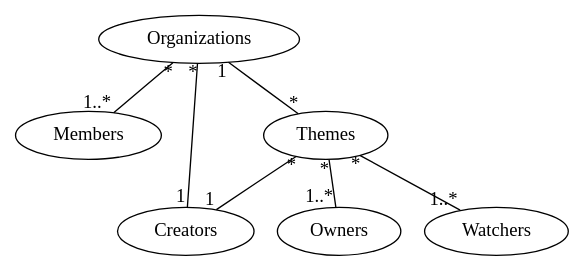
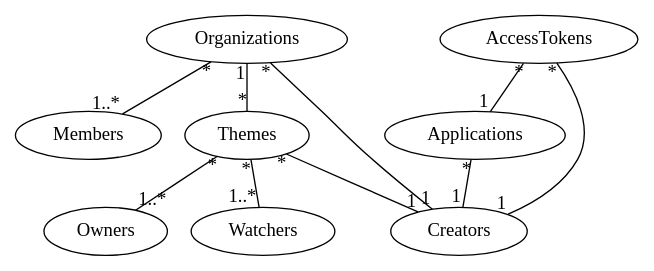
One commit to plantain-00/SubsNoti-doc changed the diagram in design/database_models.dot. Above: the diagram before and after it, drawn with Graphviz. The commit also changed 8 other files, not shown here.

```diff
--- a/design/database_models.dot
+++ b/design/database_models.dot
@@ -1,8 +1,11 @@
 graph G {
     Organizations -- Members [taillabel="*" headlabel="1..*"]
     Organizations -- Themes [taillabel="1" headlabel="*"]
     Organizations -- Creators [taillabel="*" headlabel="1"]
     Themes -- Owners [taillabel="*" headlabel="1..*"]
     Themes -- Watchers [taillabel="*" headlabel="1..*"]
     Themes -- Creators [taillabel="*" headlabel="1"]
+    Applications -- Creators [taillabel="*" headlabel="1"]
+    AccessTokens -- Creators [taillabel="*" headlabel="1"]
+    AccessTokens -- Applications [taillabel="*" headlabel="1"]
 }
```
